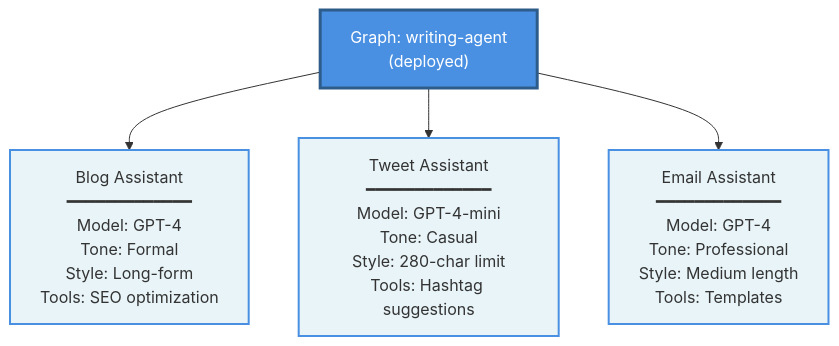
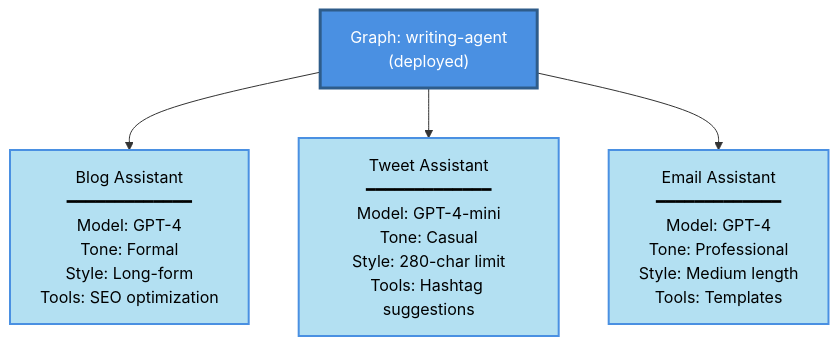
Before and after one commit to langchain-ai/docs: the second of 3 diagrams in src/langsmith/assistants.mdx, drawn with Mermaid. The commit also changed other lines of this file and 1 other file, not shown here.

````diff
--- a/src/langsmith/assistants.mdx
+++ b/src/langsmith/assistants.mdx
@@ -60,12 +60,12 @@
 ```mermaid
 graph TD
     A["Graph: writing-agent<br/>(deployed)"]
     A --> B["Blog Assistant<br/>━━━━━━━━━━━━━<br/>Model: GPT-4<br/>Tone: Formal<br/>Style: Long-form<br/>Tools: SEO optimization"]
     A --> C["Tweet Assistant<br/>━━━━━━━━━━━━━<br/>Model: GPT-4-mini<br/>Tone: Casual<br/>Style: 280-char limit<br/>Tools: Hashtag suggestions"]
     A --> D["Email Assistant<br/>━━━━━━━━━━━━━<br/>Model: GPT-4<br/>Tone: Professional<br/>Style: Medium length<br/>Tools: Templates"]
 
     style A fill:#4A90E2,stroke:#2E5C8A,stroke-width:3px,color:#fff
-    style B fill:#E8F4F8,stroke:#4A90E2,stroke-width:2px
-    style C fill:#E8F4F8,stroke:#4A90E2,stroke-width:2px
-    style D fill:#E8F4F8,stroke:#4A90E2,stroke-width:2px
+    style B fill:#B3E0F2,stroke:#4A90E2,stroke-width:2px,color:#000
+    style C fill:#B3E0F2,stroke:#4A90E2,stroke-width:2px,color:#000
+    style D fill:#B3E0F2,stroke:#4A90E2,stroke-width:2px,color:#000
 ```
````
